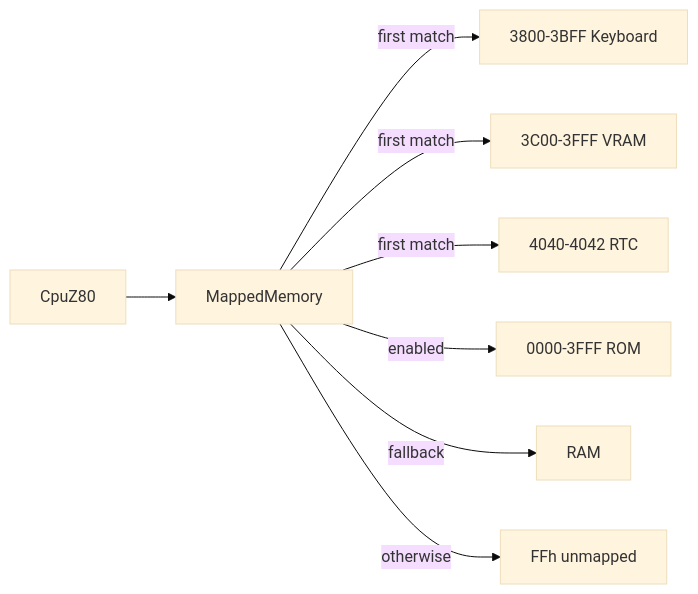
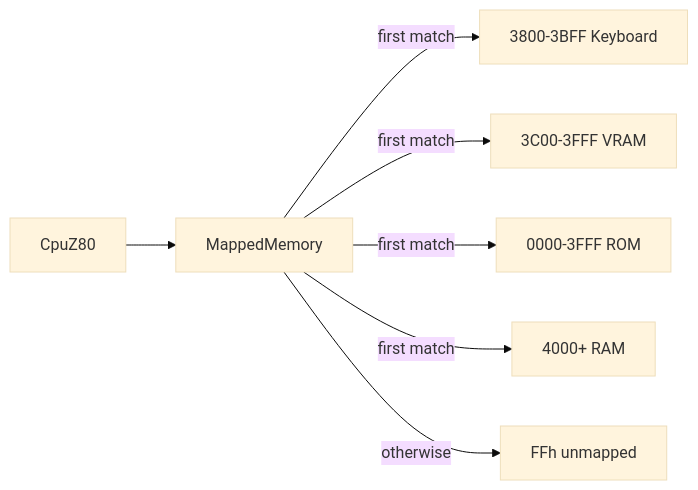
The diagram in lode/cp500/memory-map.md (fredimachado/heh8080), drawn with Mermaid (base theme) before and after one commit. The commit also changed other lines of this file and 55 other files, not shown here.

````diff
--- a/lode/cp500/memory-map.md
+++ b/lode/cp500/memory-map.md
@@ -19,10 +17,9 @@
 ```mermaid
 graph LR
     CPU[CpuZ80] --> Map[MappedMemory]
     Map -->|first match| KBD[3800-3BFF Keyboard]
     Map -->|first match| VRAM[3C00-3FFF VRAM]
-    Map -->|first match| RTC[4040-4042 RTC]
-    Map -->|enabled| ROM[0000-3FFF ROM]
-    Map -->|fallback| RAM[RAM]
+    Map -->|first match| ROM[0000-3FFF ROM]
+    Map -->|first match| RAM[4000+ RAM]
     Map -->|otherwise| OpenBus[FFh unmapped]
 ```
````
